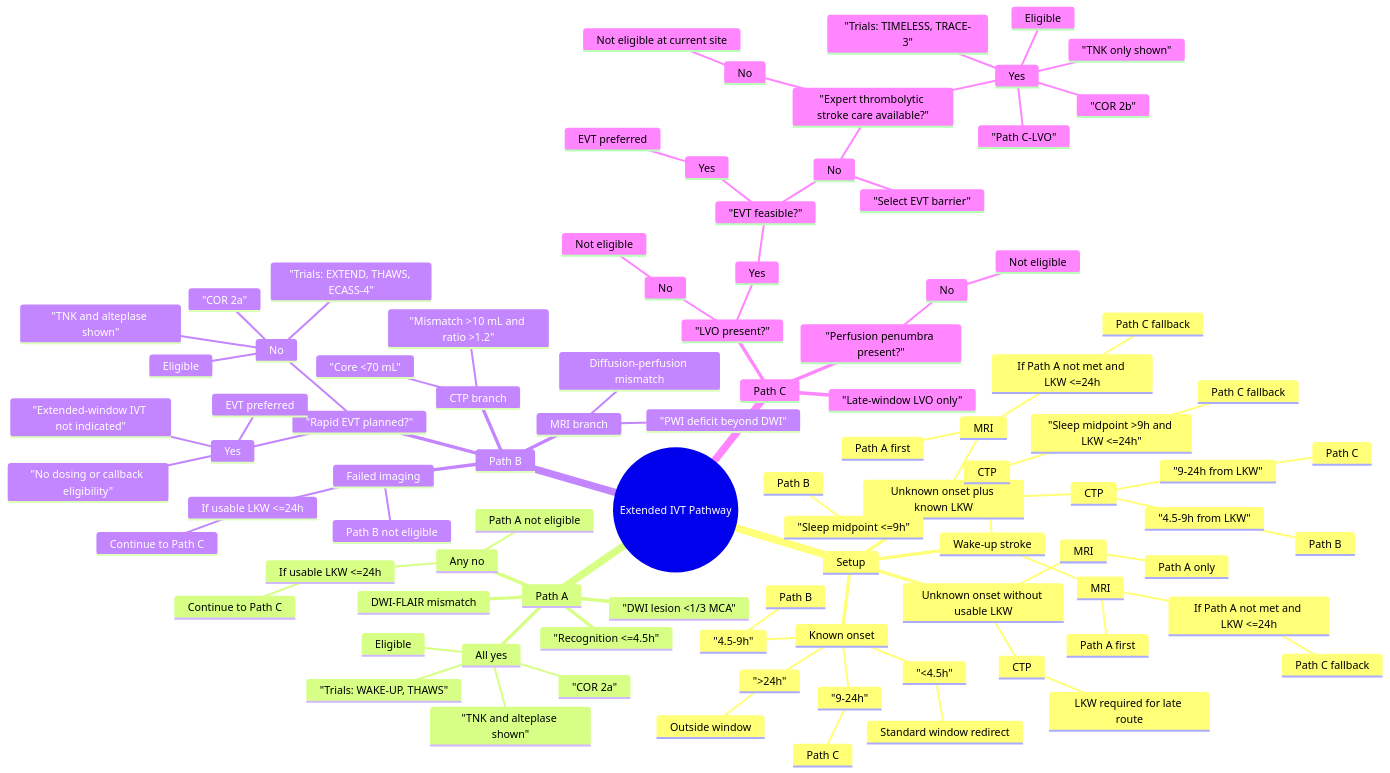
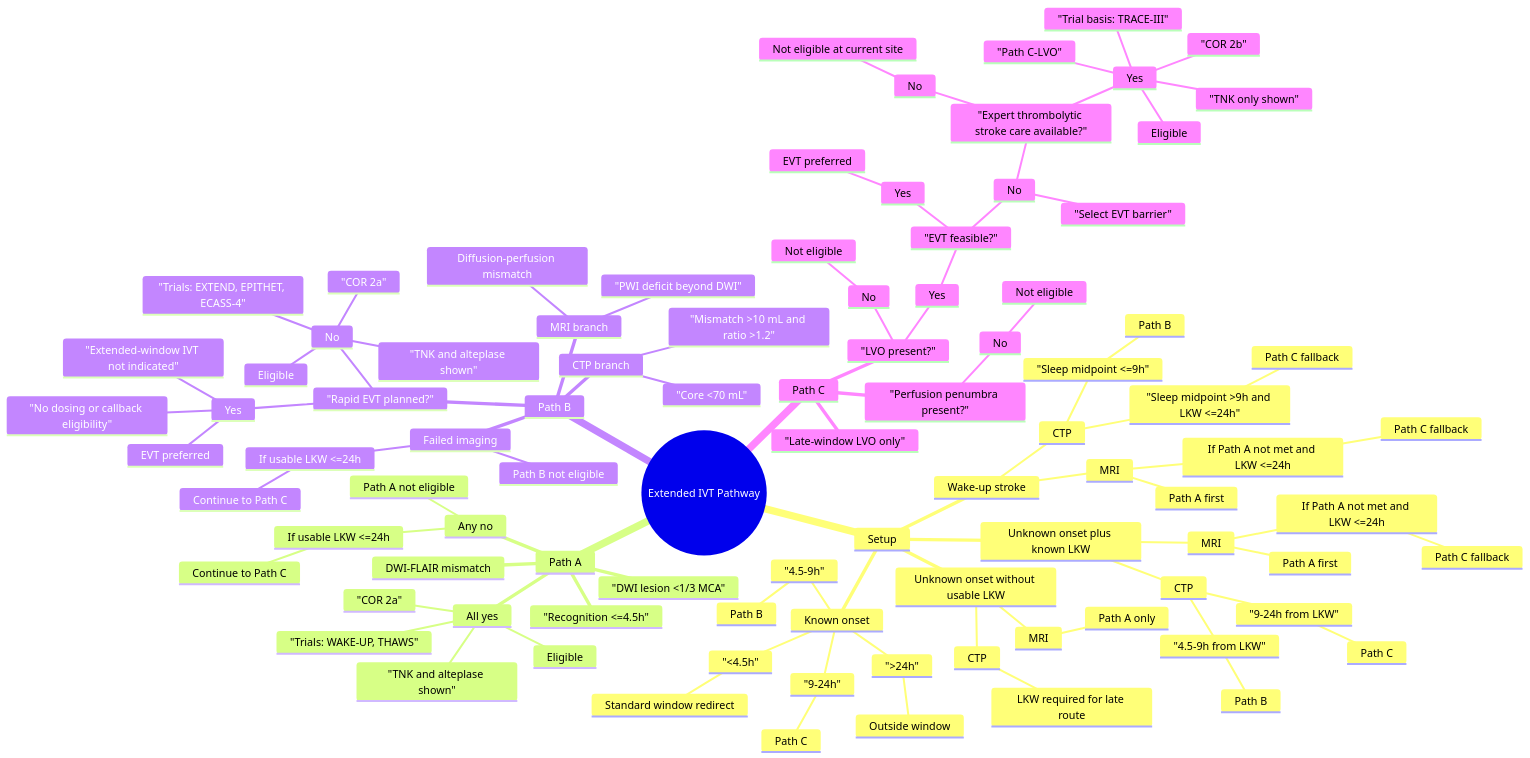
One commit to vgos89/neurowiki changed the first of 2 diagrams in docs/EXTENDED-IVT-PATHWAY-MINDMAP.md. Above: the diagram before and after it, drawn with Mermaid. The commit also changed other lines of this file and 3 other files, not shown here.

````diff
--- a/docs/EXTENDED-IVT-PATHWAY-MINDMAP.md
+++ b/docs/EXTENDED-IVT-PATHWAY-MINDMAP.md
@@ -72,7 +72,7 @@
         No
           Eligible
           "COR 2a"
-          "Trials: EXTEND, THAWS, ECASS-4"
+          "Trials: EXTEND, EPITHET, ECASS-4"
           "TNK and alteplase shown"
       Failed imaging
         Path B not eligible
@@ -99,6 +99,6 @@
                   Eligible
                   "Path C-LVO"
                   "COR 2b"
-                  "Trials: TIMELESS, TRACE-3"
+                  "Trial basis: TRACE-III"
                   "TNK only shown"
 ```
````
